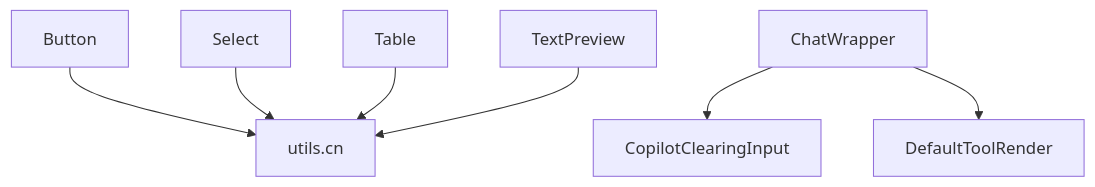
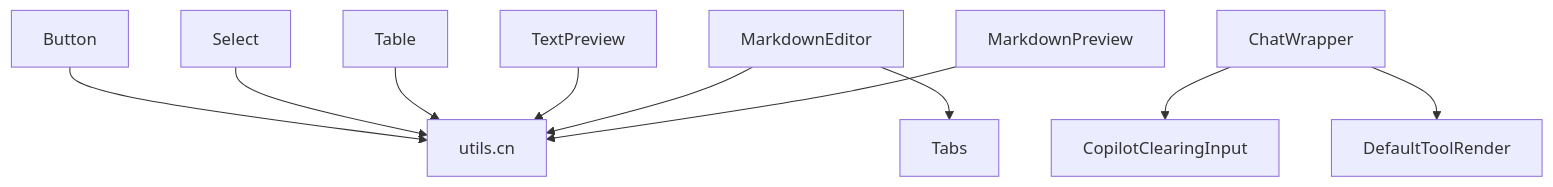
One commit to peixuanhu/goal-mate changed the second of 17 diagrams in .qoder/repowiki/en/content/UI Components/UI Components.md. Above: the diagram before and after it, drawn with Mermaid. The commit also changed other lines of this file and 10 other files, not shown here.

````diff
--- a/.qoder/repowiki/en/content/UI Components/UI Components.md
+++ b/.qoder/repowiki/en/content/UI Components/UI Components.md
@@ -187,17 +237,23 @@
 ```mermaid
 graph TB
 CN["utils.cn"]
 BTN["Button"]
 SEL["Select"]
 TAB["Table"]
 TXT["TextPreview"]
+MED["MarkdownEditor"]
+MPV["MarkdownPreview"]
+TBS["Tabs"]
 CHAT["ChatWrapper"]
 INPUT["CopilotClearingInput"]
 TOOL["DefaultToolRender"]
 BTN --> CN
 SEL --> CN
 TAB --> CN
 TXT --> CN
+MED --> CN
+MED --> TBS
+MPV --> CN
 CHAT --> INPUT
 CHAT --> TOOL
 ```
````
